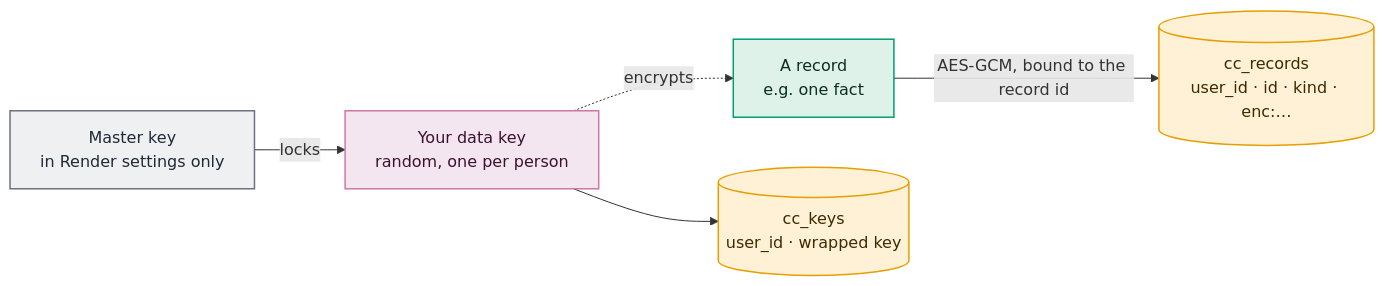
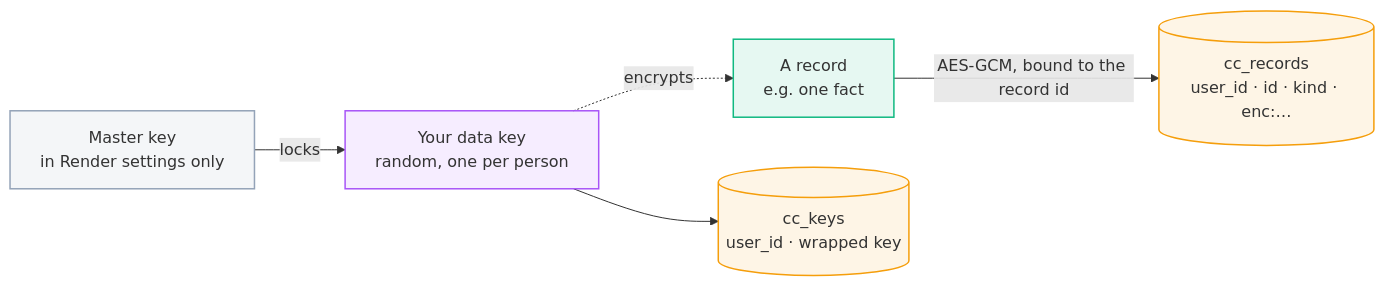
Before and after one commit to TusharSamantaray/career-copilot-mcp: the fourth of 8 diagrams in docs/ARCHITECTURE.md, drawn with Mermaid. The commit also changed other lines of this file and 8 other files, not shown here.

First line of the commit message:
docs: diagram palette readable on light and dark backgrounds

````diff
--- a/docs/ARCHITECTURE.md
+++ b/docs/ARCHITECTURE.md
@@ -140,18 +157,18 @@
 ```mermaid
 flowchart LR
-  classDef copilot fill:#DFF2E9,stroke:#009E73,color:#0B2E22,stroke-width:1.5px
-  classDef store fill:#FFF1D6,stroke:#E69F00,color:#3D2A00,stroke-width:1.5px
-  classDef guard fill:#F3E6F0,stroke:#CC79A7,color:#3B1230,stroke-width:1.5px
-  classDef ext fill:#EEF0F2,stroke:#6B7280,color:#1F2937,stroke-width:1.5px
+  classDef copilot fill:#10B9811A,stroke:#10B981,stroke-width:1.5px
+  classDef store fill:#F59E0B1A,stroke:#F59E0B,stroke-width:1.5px
+  classDef guard fill:#A855F71A,stroke:#A855F7,stroke-width:1.5px
+  classDef ext fill:#94A3B81A,stroke:#94A3B8,stroke-width:1.5px
 
   rec["A record<br/>e.g. one fact"]:::copilot
   key["Your data key<br/>random, one per person"]:::guard
   master["Master key<br/>in Render settings only"]:::ext
   rows[("cc_records<br/>user_id · id · kind · enc:…")]:::store
   keys[("cc_keys<br/>user_id · wrapped key")]:::store
 
   rec -- "AES-GCM, bound to the record id" --> rows
   key -. encrypts .-> rec
   master -- "locks" --> key
   key --> keys
 ```
````
